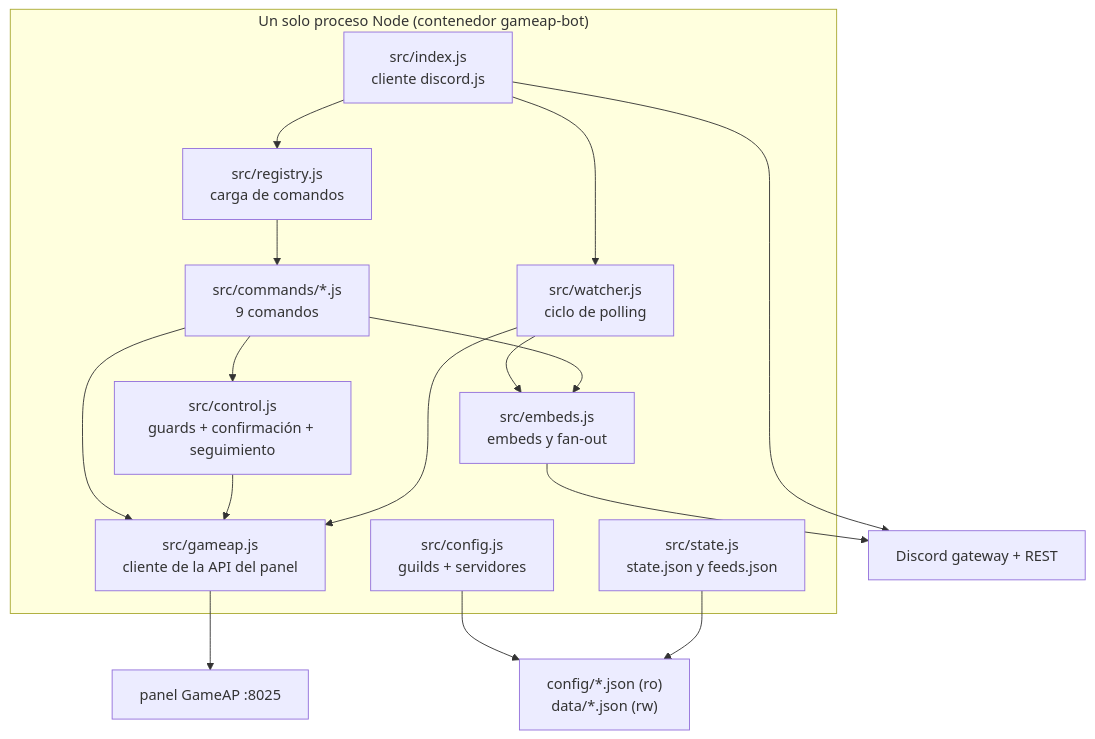
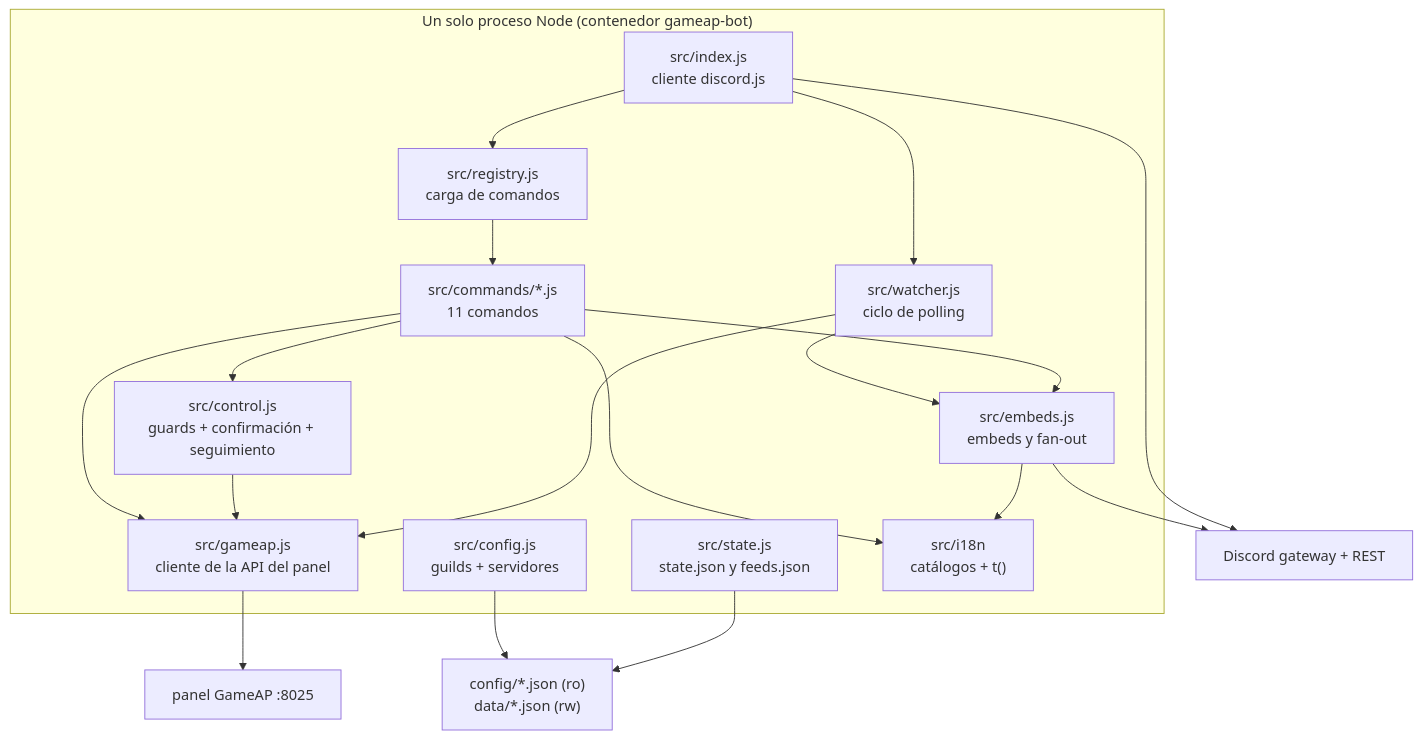
The first of 3 diagrams in docs/es/architecture.md (neyzerth/gameap-discord), drawn with Mermaid before and after one commit. The commit also changed other lines of this file and 13 other files, not shown here.

````diff
--- a/docs/es/architecture.md
+++ b/docs/es/architecture.md
@@ -7,31 +7,34 @@
 ```mermaid
 flowchart TB
   subgraph PROC["Un solo proceso Node (contenedor gameap-bot)"]
     IDX["src/index.js<br/>cliente discord.js"]
     REG["src/registry.js<br/>carga de comandos"]
-    CMD["src/commands/*.js<br/>9 comandos"]
+    CMD["src/commands/*.js<br/>11 comandos"]
     CTRL["src/control.js<br/>guards + confirmación + seguimiento"]
     WATCH["src/watcher.js<br/>ciclo de polling"]
     CFG["src/config.js<br/>guilds + servidores"]
     STATE["src/state.js<br/>state.json y feeds.json"]
     GA["src/gameap.js<br/>cliente de la API del panel"]
     EMB["src/embeds.js<br/>embeds y fan-out"]
+    I18N["src/i18n<br/>catálogos + t()"]
   end
 
   PANEL["panel GameAP :8025"]
   DISC["Discord gateway + REST"]
   FILES["config/*.json (ro)<br/>data/*.json (rw)"]
 
   IDX --> REG --> CMD --> CTRL
   IDX --> WATCH
   CMD --> GA
   CTRL --> GA
   WATCH --> GA
   WATCH --> EMB
+  CMD --> EMB
+  CMD --> I18N
+  EMB --> I18N
   EMB --> DISC
-  CMD --> EMB
   IDX --> DISC
   CFG --> FILES
   STATE --> FILES
   GA --> PANEL
 ```
````
